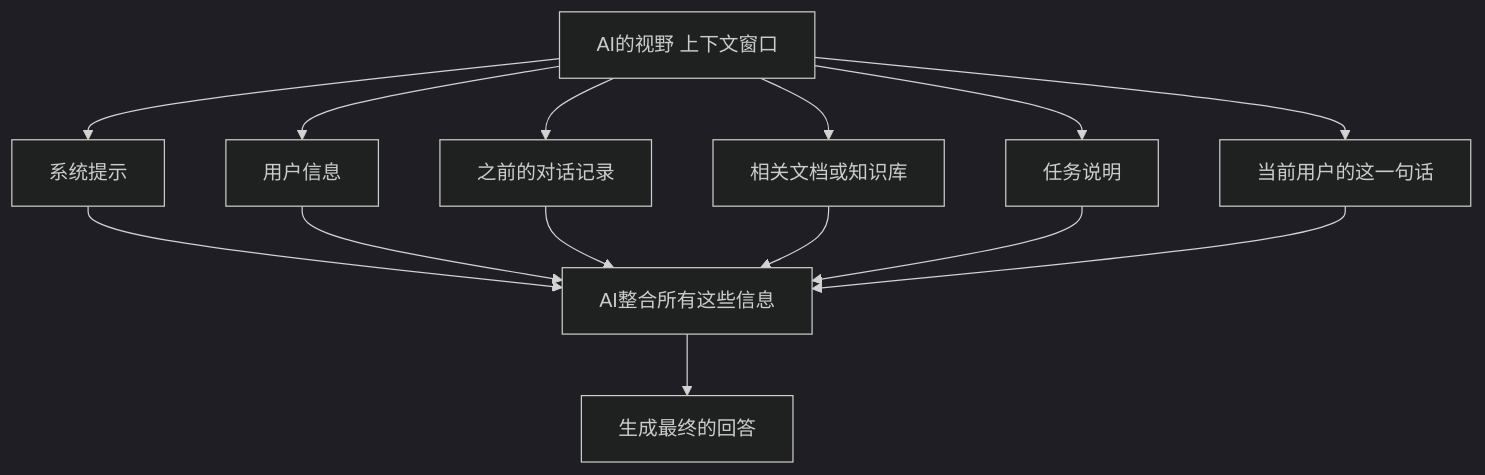
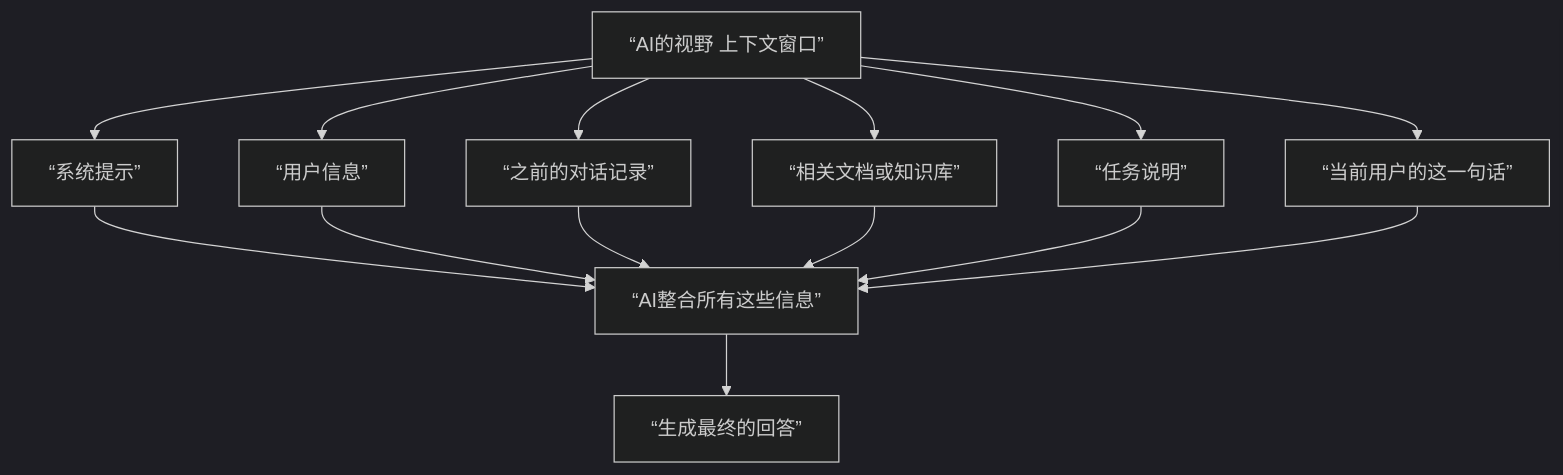
The first of 2 diagrams in 12_prompt_advanced/12.5_context_engineering.md (changsongyang/ai_beginner_guide), drawn with Mermaid (dark theme) before and after one commit. The commit also changed other lines of this file and 1 other file, not shown here.

````diff
--- a/12_prompt_advanced/12.5_context_engineering.md
+++ b/12_prompt_advanced/12.5_context_engineering.md
@@ -26,17 +26,17 @@
 ```mermaid
 graph TD
-    A["AI的视野 上下文窗口"]
+    A[“AI的视野 上下文窗口”]
 
-    B["系统提示"]
-    C["用户信息"]
-    D["之前的对话记录"]
-    E["相关文档或知识库"]
-    F["任务说明"]
-    G["当前用户的这一句话"]
+    B[“系统提示”]
+    C[“用户信息”]
+    D[“之前的对话记录”]
+    E[“相关文档或知识库”]
+    F[“任务说明”]
+    G[“当前用户的这一句话”]
 
-    H["AI整合所有这些信息"]
-    I["生成最终的回答"]
+    H[“AI整合所有这些信息”]
+    I[“生成最终的回答”]
 
     A --> B & C & D & E & F & G
     B & C & D & E & F & G --> H --> I
 ```
````
